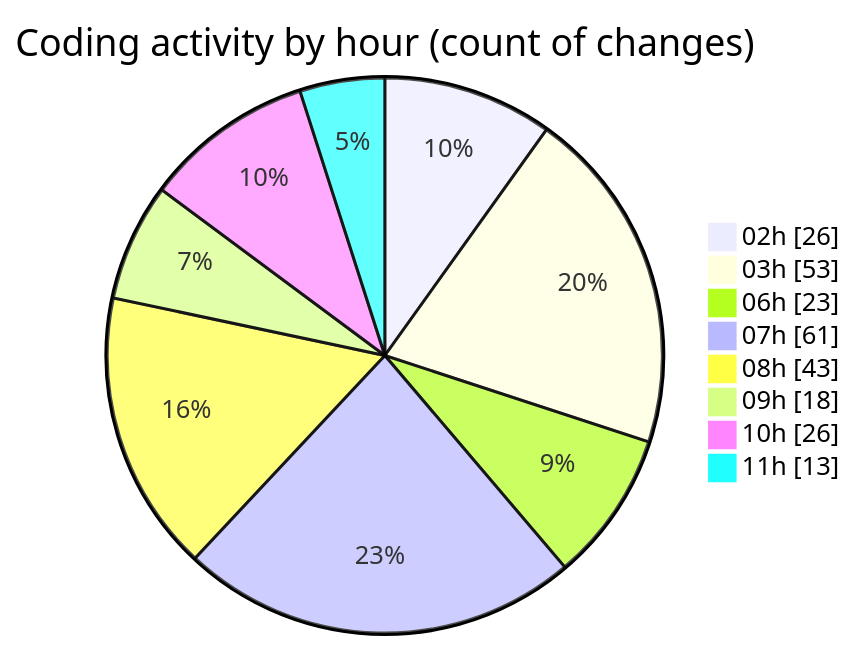
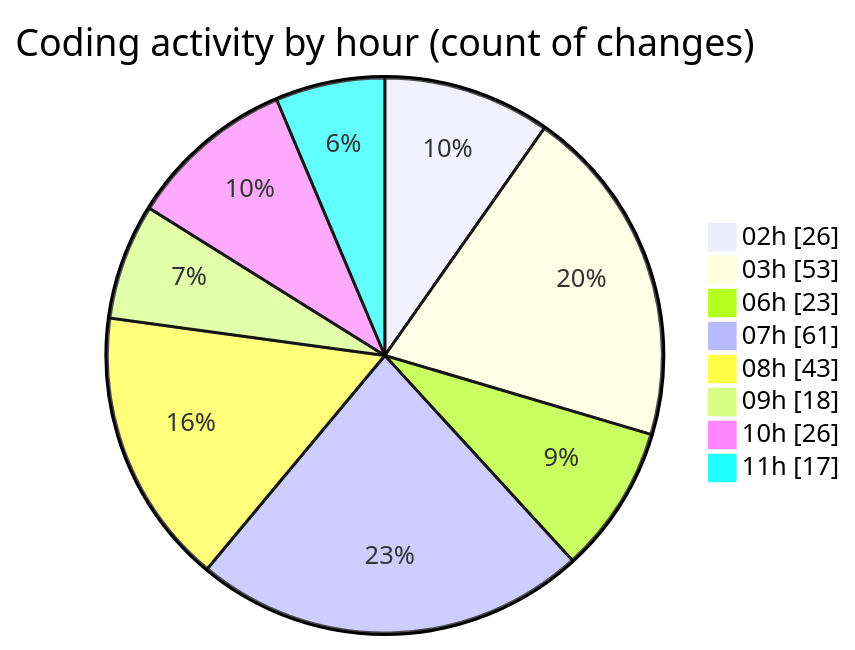
One commit to charlie-sans/code-tracking changed the second of 2 diagrams in 2025-02-22/micros/README.md. Above: the diagram before and after it, drawn with Mermaid. The commit also changed other lines of this file and 1 other file, not shown here.

````diff
--- a/2025-02-22/micros/README.md
+++ b/2025-02-22/micros/README.md
@@ -78,12 +78,12 @@
 ```mermaid
 pie showData
 title Coding activity by hour (count of changes)
 "02h" : 26
 "03h" : 53
 "06h" : 23
 "07h" : 61
 "08h" : 43
 "09h" : 18
 "10h" : 26
-"11h" : 13
+"11h" : 17
 ```
````
